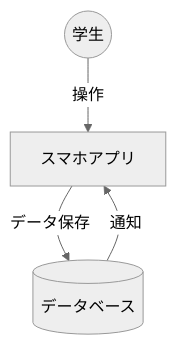
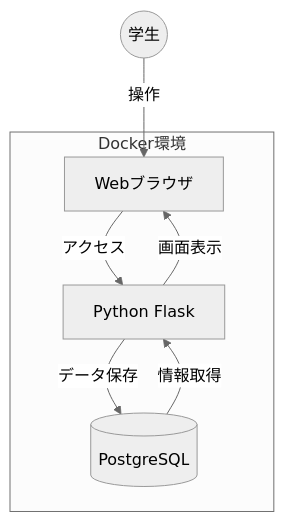
Before and after one commit to g2441081/-: the diagram in student-app/README.md, drawn with Mermaid (neutral theme).

````diff
--- a/student-app/README.md
+++ b/student-app/README.md
@@ -7,7 +7,11 @@
 ```mermaid
 graph TD
-    User((学生)) -->|操作| App[スマホアプリ]
-    App -->|データ保存| DB[(データベース)]
-    DB -->|通知| App
+    User((学生)) -->|操作| Web[Webブラウザ]
+    subgraph Docker環境
+        Web -->|アクセス| App[Python Flask]
+        App -->|データ保存| DB[(PostgreSQL)]
+    end
+    DB -->|情報取得| App
+    App -->|画面表示| Web
 
 ```
````
